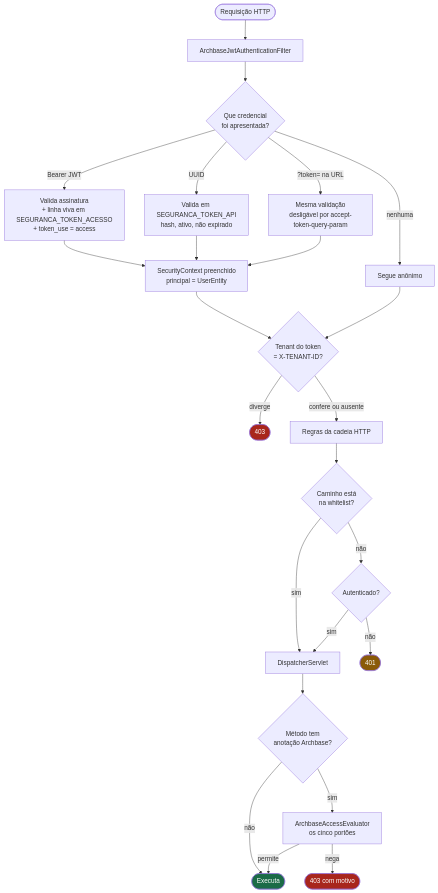
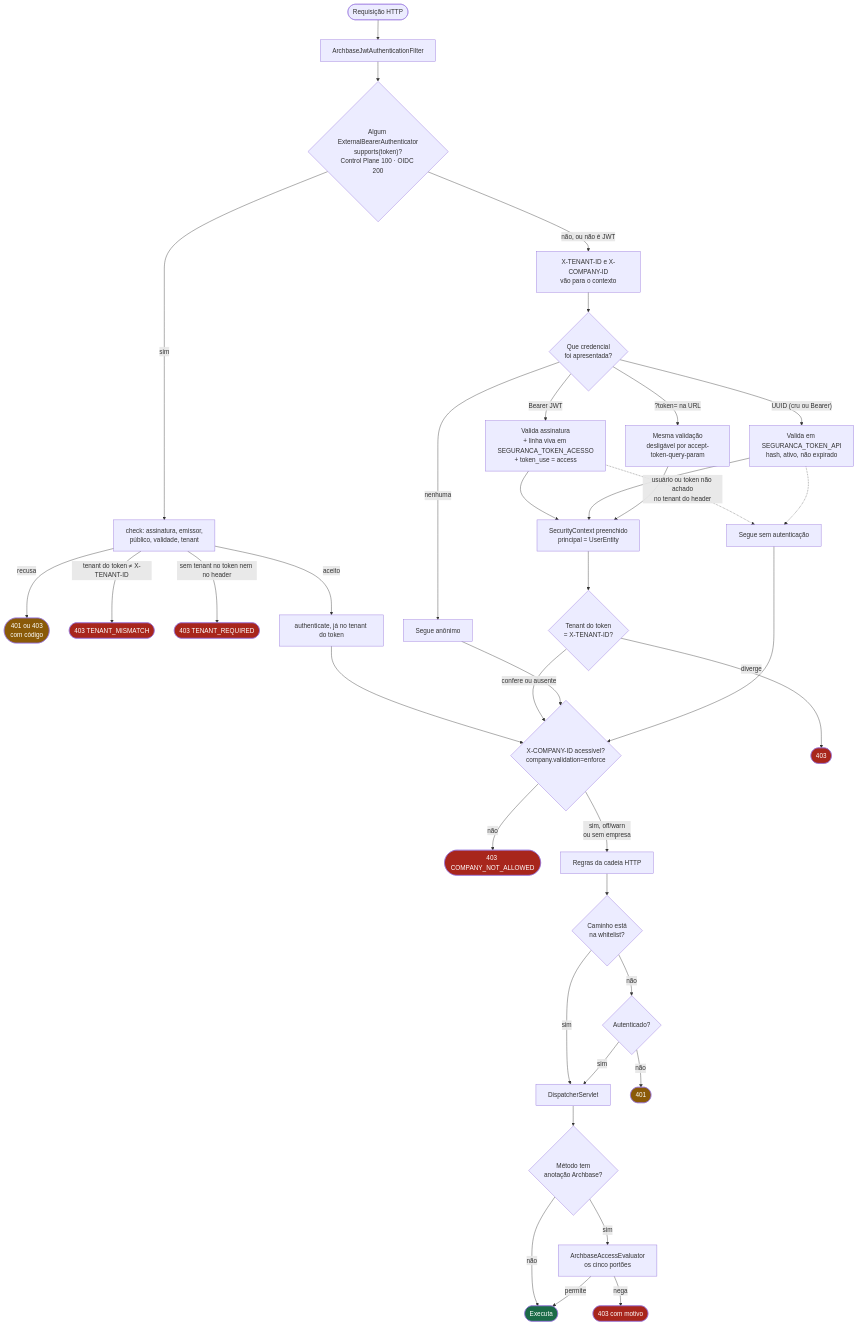
One commit to edsonmartins/archbase-app-framework changed the second of 11 diagrams in archbase-security/ARQUITETURA.md. Above: the diagram before and after it, drawn with Mermaid. The commit also changed other lines of this file and 14 other files, not shown here.

````diff
--- a/archbase-security/ARQUITETURA.md
+++ b/archbase-security/ARQUITETURA.md
@@ -125,36 +154,56 @@
 ```mermaid
 flowchart TD
     REQ([Requisição HTTP]) --> F1[ArchbaseJwtAuthenticationFilter]
 
-    F1 --> CRED{Que credencial<br/>foi apresentada?}
+    F1 --> EXT{"Algum ExternalBearerAuthenticator<br/>supports(token)?<br/>Control Plane 100 · OIDC 200"}
+    EXT -->|sim| ECHK["check: assinatura, emissor,<br/>público, validade, tenant"]
+    ECHK -->|recusa| E401([401 ou 403<br/>com código])
+    ECHK -->|"tenant do token ≠ X-TENANT-ID"| E403([403 TENANT_MISMATCH])
+    ECHK -->|sem tenant no token nem no header| E403B([403 TENANT_REQUIRED])
+    ECHK -->|aceito| EAUTH["authenticate, já no tenant do token"]
+    EAUTH --> COMP
+
+    EXT -->|"não, ou não é JWT"| HDR["X-TENANT-ID e X-COMPANY-ID<br/>vão para o contexto"]
+    HDR --> CRED{Que credencial<br/>foi apresentada?}
     CRED -->|Bearer JWT| JWT["Valida assinatura<br/>+ linha viva em SEGURANCA_TOKEN_ACESSO<br/>+ token_use = access"]
-    CRED -->|UUID| API["Valida em SEGURANCA_TOKEN_API<br/>hash, ativo, não expirado"]
+    CRED -->|"UUID (cru ou Bearer)"| API["Valida em SEGURANCA_TOKEN_API<br/>hash, ativo, não expirado"]
     CRED -->|"?token= na URL"| QP["Mesma validação<br/>desligável por accept-token-query-param"]
     CRED -->|nenhuma| ANON[Segue anônimo]
 
     JWT --> AUTH["SecurityContext preenchido<br/>principal = UserEntity"]
     API --> AUTH
     QP --> AUTH
+    JWT -.->|"usuário ou token não achado<br/>no tenant do header"| NOAUTH[Segue sem autenticação]
+    API -.-> NOAUTH
 
     AUTH --> TEN{"Tenant do token<br/>= X-TENANT-ID?"}
-    ANON --> TEN
     TEN -->|diverge| F403([403])
-    TEN -->|confere ou ausente| CHAIN[Regras da cadeia HTTP]
+    TEN -->|confere ou ausente| COMP
+    ANON --> COMP
+    NOAUTH --> COMP
+
+    COMP{"X-COMPANY-ID acessível?<br/>company.validation=enforce"}
+    COMP -->|não| C403([403 COMPANY_NOT_ALLOWED])
+    COMP -->|"sim, off/warn<br/>ou sem empresa"| CHAIN[Regras da cadeia HTTP]
 
     CHAIN --> WL{Caminho está<br/>na whitelist?}
     WL -->|sim| MVC[DispatcherServlet]
     WL -->|não| AUTHED{Autenticado?}
     AUTHED -->|não| F401([401])
     AUTHED -->|sim| MVC
 
     MVC --> ANOT{Método tem<br/>anotação Archbase?}
     ANOT -->|não| EXEC([Executa])
     ANOT -->|sim| CORE["ArchbaseAccessEvaluator<br/>os cinco portões"]
     CORE -->|nega| F403B([403 com motivo])
     CORE -->|permite| EXEC
 
     style F403 fill:#a8261c,color:#fff
     style F403B fill:#a8261c,color:#fff
+    style E403 fill:#a8261c,color:#fff
+    style E403B fill:#a8261c,color:#fff
+    style C403 fill:#a8261c,color:#fff
+    style E401 fill:#8a5a08,color:#fff
     style F401 fill:#8a5a08,color:#fff
     style EXEC fill:#1b6b47,color:#fff
 ```
````
